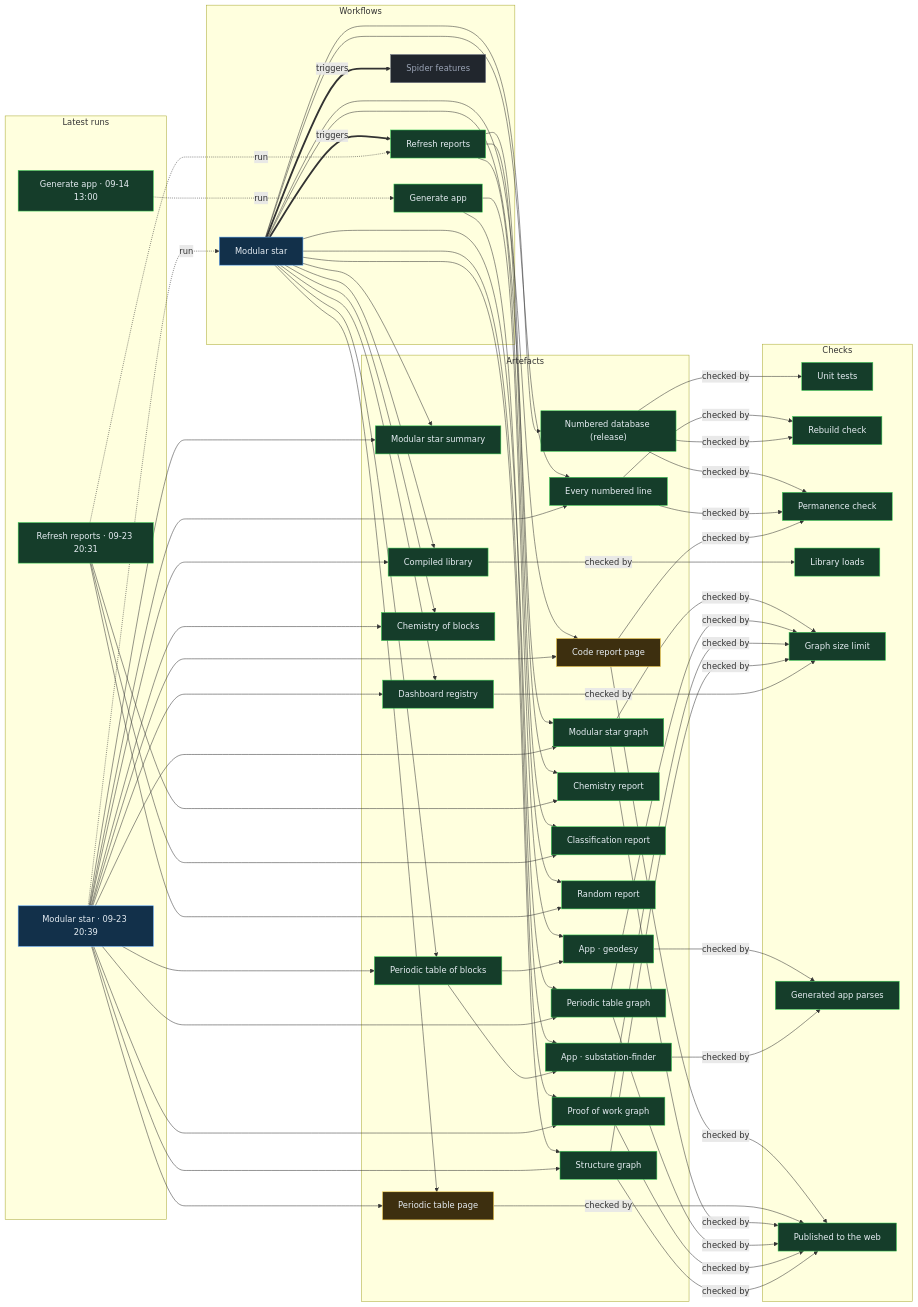
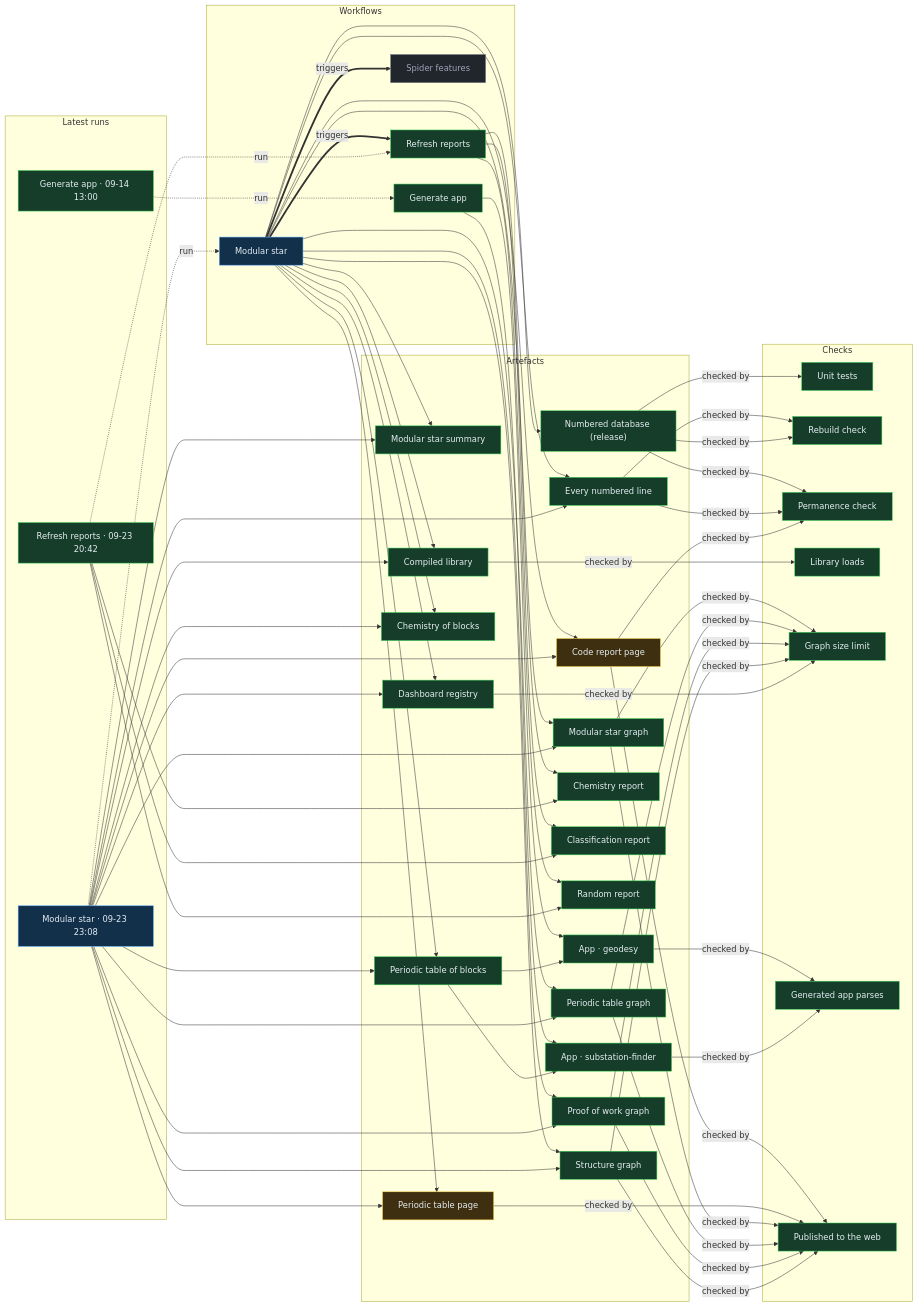
Before and after one commit to Ventusltd/stars: the diagram in proof/PROOF.md, drawn with Mermaid. The commit also changed other lines of this file and 25 other files, not shown here.

Commit message:
Modular star 2026-09-23T23:10Z

```diff
--- a/proof/PROOF.md
+++ b/proof/PROOF.md
@@ -24,8 +24,8 @@
   n_wf_spider_features["Spider features"]:::off
   end
   subgraph g_runs["Latest runs"]
-  n_run_35917456977["Modular star · 09-23 20:39"]:::live
-  n_run_35916576007["Refresh reports · 09-23 20:31"]:::ok
+  n_run_35932065351["Modular star · 09-23 23:08"]:::live
+  n_run_35917712198["Refresh reports · 09-23 20:42"]:::ok
   n_run_34846587798["Generate app · 09-14 13:00"]:::ok
   end
   subgraph g_artefacts["Artefacts"]
@@ -59,39 +59,39 @@
   end
   n_wf_modular_star == triggers ==> n_wf_refresh
   n_wf_modular_star == triggers ==> n_wf_spider_features
-  n_run_35917456977 -. run .-> n_wf_modular_star
-  n_run_35916576007 -. run .-> n_wf_refresh
+  n_run_35932065351 -. run .-> n_wf_modular_star
+  n_run_35917712198 -. run .-> n_wf_refresh
   n_run_34846587798 -. run .-> n_wf_generate
   n_wf_modular_star --> n_art_summary
-  n_run_35917456977 --> n_art_summary
+  n_run_35932065351 --> n_art_summary
   n_wf_modular_star --> n_art_lines
-  n_run_35917456977 --> n_art_lines
+  n_run_35932065351 --> n_art_lines
   n_wf_modular_star --> n_art_code
-  n_run_35917456977 --> n_art_code
+  n_run_35932065351 --> n_art_code
   n_wf_modular_star --> n_art_modular_graph
-  n_run_35917456977 --> n_art_modular_graph
+  n_run_35932065351 --> n_art_modular_graph
   n_wf_modular_star --> n_art_blocks
-  n_run_35917456977 --> n_art_blocks
+  n_run_35932065351 --> n_art_blocks
   n_wf_modular_star --> n_art_table
-  n_run_35917456977 --> n_art_table
+  n_run_35932065351 --> n_art_table
   n_wf_modular_star --> n_art_blocks_graph
-  n_run_35917456977 --> n_art_blocks_graph
+  n_run_35932065351 --> n_art_blocks_graph
   n_wf_modular_star --> n_art_reactions
-  n_run_35917456977 --> n_art_reactions
+  n_run_35932065351 --> n_art_reactions
   n_wf_modular_star --> n_art_library
-  n_run_35917456977 --> n_art_library
+  n_run_35932065351 --> n_art_library
   n_wf_modular_star --> n_art_features
-  n_run_35917456977 --> n_art_features
+  n_run_35932065351 --> n_art_features
   n_wf_modular_star --> n_art_proof
-  n_run_35917456977 --> n_art_proof
+  n_run_35932065351 --> n_art_proof
   n_wf_modular_star --> n_art_structure
-  n_run_35917456977 --> n_art_structure
+  n_run_35932065351 --> n_art_structure
   n_wf_refresh --> n_art_chemistry
-  n_run_35916576007 --> n_art_chemistry
+  n_run_35917712198 --> n_art_chemistry
   n_wf_refresh --> n_art_vedic
-  n_run_35916576007 --> n_art_vedic
+  n_run_35917712198 --> n_art_vedic
   n_wf_refresh --> n_art_random
-  n_run_35916576007 --> n_art_random
+  n_run_35917712198 --> n_art_random
   n_wf_modular_star --> n_art_release
   n_wf_generate --> n_app_geodesy
   n_art_blocks --> n_app_geodesy
```
